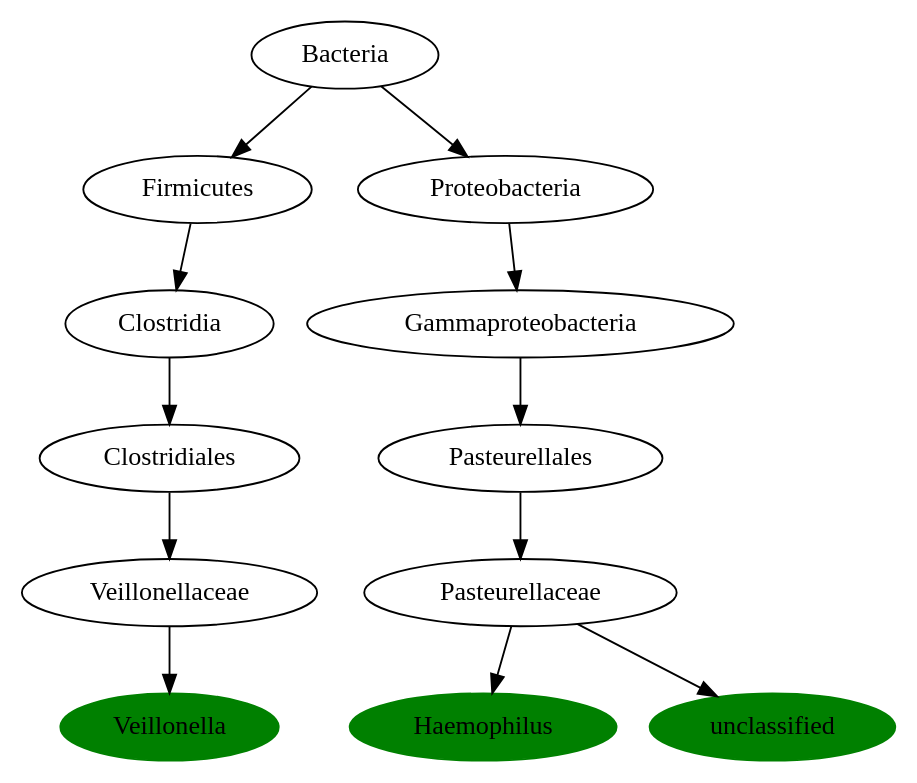
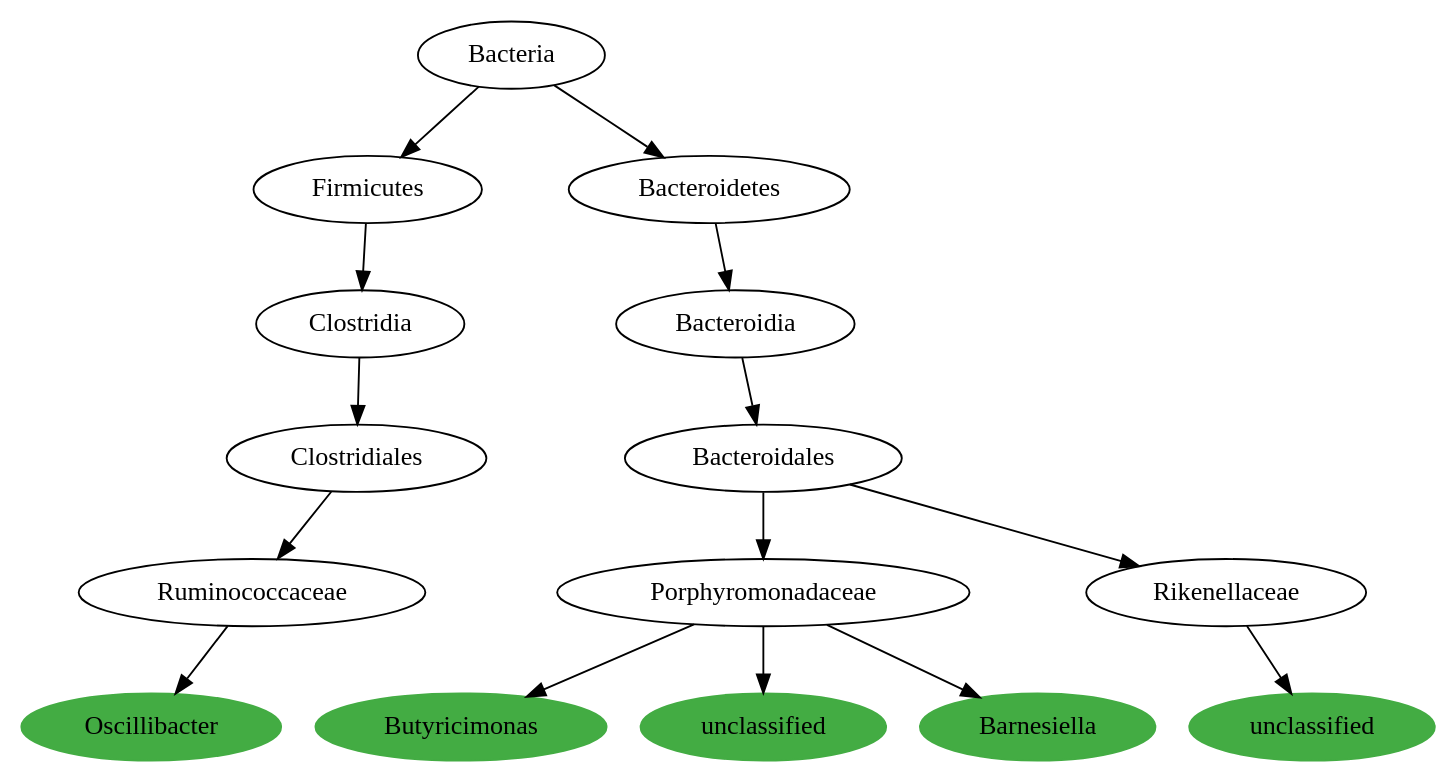
One commit to AndersHqst/thesis changed the diagram in experiments/tmp/phylogenetic-tree/dotfiles/2.dot. Above: the diagram before and after it, drawn with Graphviz. The commit also changed 228 other files, not shown here.

Commit message:
Updated graph coloring scripts. Co-exclusions are now indicated by edge label font coloring, and phylographer will also show u<1 patterns in red only

```diff
--- a/experiments/tmp/phylogenetic-tree/dotfiles/2.dot
+++ b/experiments/tmp/phylogenetic-tree/dotfiles/2.dot
@@ -1,39 +1,50 @@
 digraph G { 
-	VeillonellaceaeVeillonella [label="Veillonella", color="green", style=filled];
-	ClostridialesVeillonellaceae [label="Veillonellaceae"];
-	VeillonellaceaeVeillonella [label="Veillonella"];
-	ClostridialesVeillonellaceae -> VeillonellaceaeVeillonella;
+	RuminococcaceaeOscillibacter [label="Oscillibacter", color="#43AC43", style=filled];
+	ClostridialesRuminococcaceae [label="Ruminococcaceae"];
+	RuminococcaceaeOscillibacter [label="Oscillibacter"];
+	ClostridialesRuminococcaceae -> RuminococcaceaeOscillibacter;
 	ClostridiaClostridiales [label="Clostridiales"];
-	ClostridialesVeillonellaceae [label="Veillonellaceae"];
-	ClostridiaClostridiales -> ClostridialesVeillonellaceae;
+	ClostridialesRuminococcaceae [label="Ruminococcaceae"];
+	ClostridiaClostridiales -> ClostridialesRuminococcaceae;
 	FirmicutesClostridia [label="Clostridia"];
 	ClostridiaClostridiales [label="Clostridiales"];
 	FirmicutesClostridia -> ClostridiaClostridiales;
 	BacteriaFirmicutes [label="Firmicutes"];
 	FirmicutesClostridia [label="Clostridia"];
 	BacteriaFirmicutes -> FirmicutesClostridia;
 	Bacteria [label="Bacteria"];
 	BacteriaFirmicutes [label="Firmicutes"];
 	Bacteria -> BacteriaFirmicutes;
-	PasteurellaceaeHaemophilus [label="Haemophilus", color="green", style=filled];
-	PasteurellalesPasteurellaceae [label="Pasteurellaceae"];
-	PasteurellaceaeHaemophilus [label="Haemophilus"];
-	PasteurellalesPasteurellaceae -> PasteurellaceaeHaemophilus;
-	GammaproteobacteriaPasteurellales [label="Pasteurellales"];
-	PasteurellalesPasteurellaceae [label="Pasteurellaceae"];
-	GammaproteobacteriaPasteurellales -> PasteurellalesPasteurellaceae;
-	ProteobacteriaGammaproteobacteria [label="Gammaproteobacteria"];
-	GammaproteobacteriaPasteurellales [label="Pasteurellales"];
-	ProteobacteriaGammaproteobacteria -> GammaproteobacteriaPasteurellales;
-	BacteriaProteobacteria [label="Proteobacteria"];
-	ProteobacteriaGammaproteobacteria [label="Gammaproteobacteria"];
-	BacteriaProteobacteria -> ProteobacteriaGammaproteobacteria;
+	PorphyromonadaceaeButyricimonas [label="Butyricimonas", color="#43AC43", style=filled];
+	BacteroidalesPorphyromonadaceae [label="Porphyromonadaceae"];
+	PorphyromonadaceaeButyricimonas [label="Butyricimonas"];
+	BacteroidalesPorphyromonadaceae -> PorphyromonadaceaeButyricimonas;
+	BacteroidiaBacteroidales [label="Bacteroidales"];
+	BacteroidalesPorphyromonadaceae [label="Porphyromonadaceae"];
+	BacteroidiaBacteroidales -> BacteroidalesPorphyromonadaceae;
+	BacteroidetesBacteroidia [label="Bacteroidia"];
+	BacteroidiaBacteroidales [label="Bacteroidales"];
+	BacteroidetesBacteroidia -> BacteroidiaBacteroidales;
+	BacteriaBacteroidetes [label="Bacteroidetes"];
+	BacteroidetesBacteroidia [label="Bacteroidia"];
+	BacteriaBacteroidetes -> BacteroidetesBacteroidia;
 	Bacteria [label="Bacteria"];
-	BacteriaProteobacteria [label="Proteobacteria"];
-	Bacteria -> BacteriaProteobacteria;
-	Pasteurellaceaeunclassified [label="unclassified", color="green", style=filled];
-	PasteurellalesPasteurellaceae [label="Pasteurellaceae"];
-	Pasteurellaceaeunclassified [label="unclassified"];
-	PasteurellalesPasteurellaceae -> Pasteurellaceaeunclassified;
+	BacteriaBacteroidetes [label="Bacteroidetes"];
+	Bacteria -> BacteriaBacteroidetes;
+	Porphyromonadaceaeunclassified [label="unclassified", color="#43AC43", style=filled];
+	BacteroidalesPorphyromonadaceae [label="Porphyromonadaceae"];
+	Porphyromonadaceaeunclassified [label="unclassified"];
+	BacteroidalesPorphyromonadaceae -> Porphyromonadaceaeunclassified;
+	PorphyromonadaceaeBarnesiella [label="Barnesiella", color="#43AC43", style=filled];
+	BacteroidalesPorphyromonadaceae [label="Porphyromonadaceae"];
+	PorphyromonadaceaeBarnesiella [label="Barnesiella"];
+	BacteroidalesPorphyromonadaceae -> PorphyromonadaceaeBarnesiella;
+	Rikenellaceaeunclassified [label="unclassified", color="#43AC43", style=filled];
+	BacteroidalesRikenellaceae [label="Rikenellaceae"];
+	Rikenellaceaeunclassified [label="unclassified"];
+	BacteroidalesRikenellaceae -> Rikenellaceaeunclassified;
+	BacteroidiaBacteroidales [label="Bacteroidales"];
+	BacteroidalesRikenellaceae [label="Rikenellaceae"];
+	BacteroidiaBacteroidales -> BacteroidalesRikenellaceae;
 
  }
```
